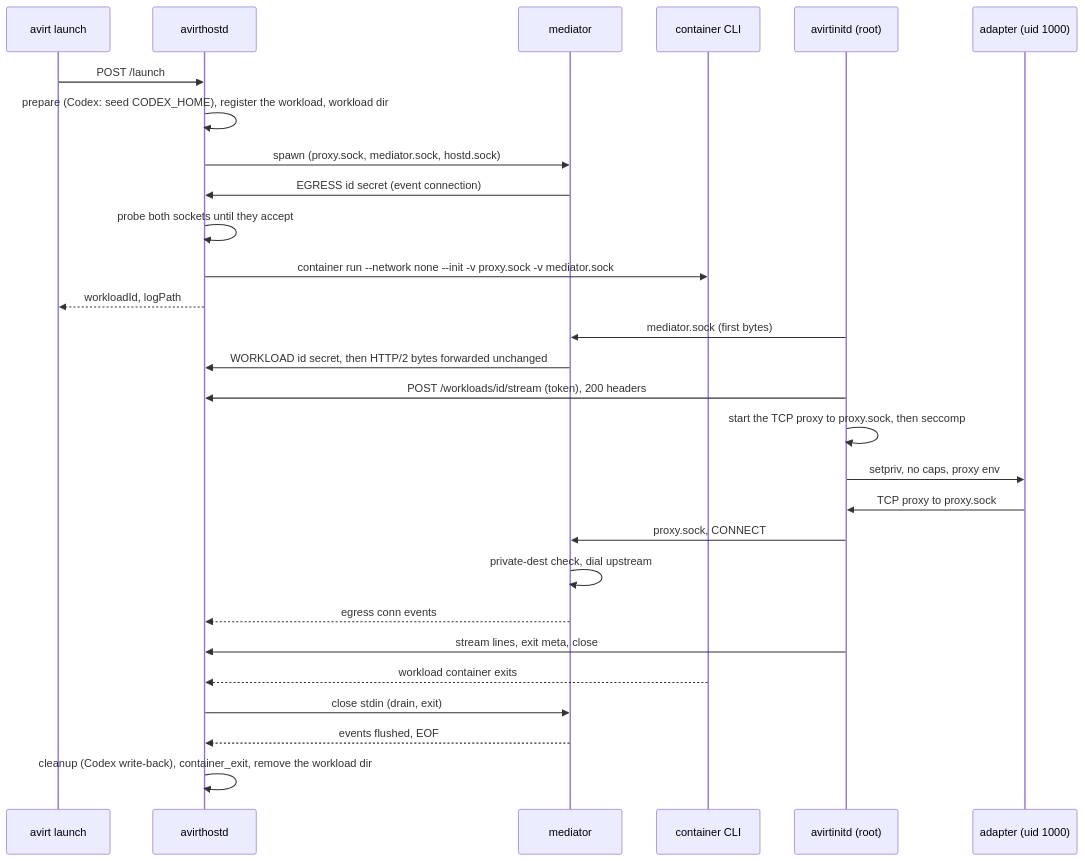
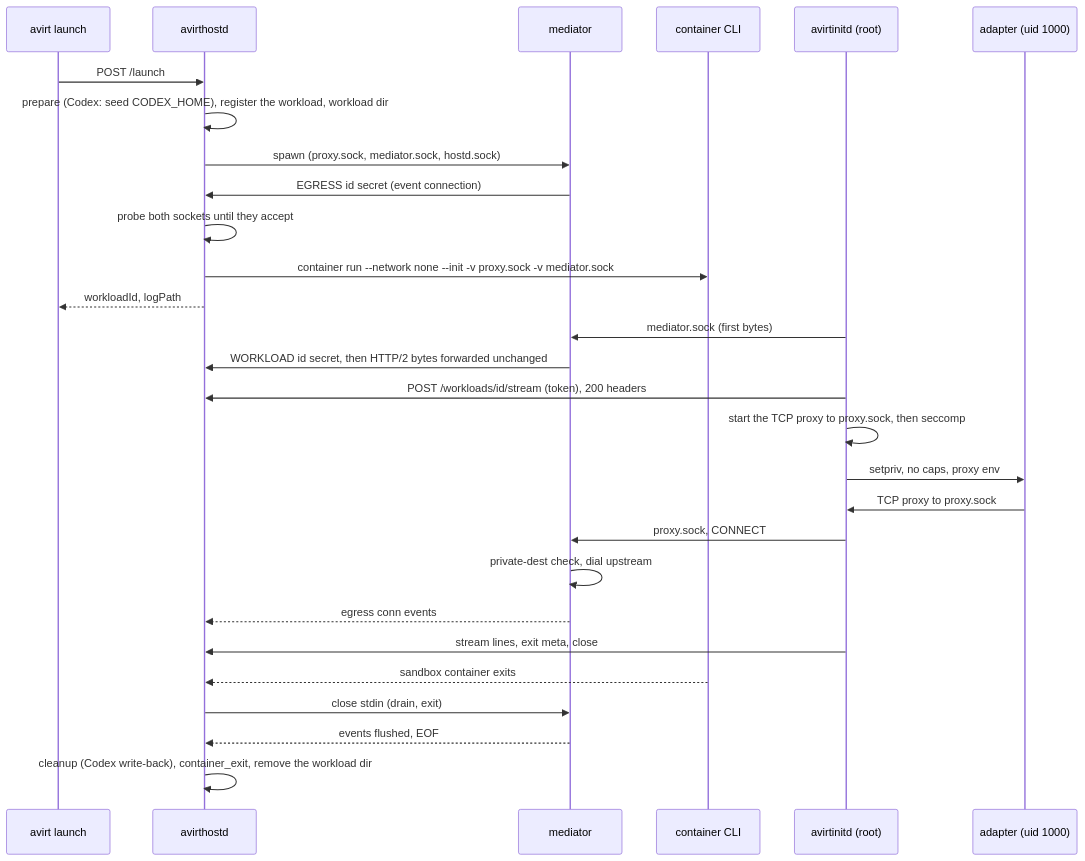
Before and after one commit to tbhb-dev/avirt: the diagram in docs/lifecycle.md, drawn with Mermaid. The commit also changed other lines of this file and 58 other files, not shown here.

````diff
--- a/docs/lifecycle.md
+++ b/docs/lifecycle.md
@@ -14,30 +16,30 @@
 ```mermaid
 sequenceDiagram
     participant CLI as avirt launch
     participant C as avirthostd
     participant S as mediator
     participant K as container CLI
     participant R as avirtinitd (root)
     participant A as adapter (uid 1000)
     CLI->>C: POST /launch
     C->>C: prepare (Codex: seed CODEX_HOME), register the workload, workload dir
     C->>S: spawn (proxy.sock, mediator.sock, hostd.sock)
     S->>C: EGRESS id secret (event connection)
     C->>C: probe both sockets until they accept
     C->>K: container run --network none --init -v proxy.sock -v mediator.sock
     C-->>CLI: workloadId, logPath
     R->>S: mediator.sock (first bytes)
     S->>C: WORKLOAD id secret, then HTTP/2 bytes forwarded unchanged
     R->>C: POST /workloads/id/stream (token), 200 headers
     R->>R: start the TCP proxy to proxy.sock, then seccomp
     R->>A: setpriv, no caps, proxy env
     A->>R: TCP proxy to proxy.sock
     R->>S: proxy.sock, CONNECT
     S->>S: private-dest check, dial upstream
     S-->>C: egress conn events
     R->>C: stream lines, exit meta, close
-    K-->>C: workload container exits
+    K-->>C: sandbox container exits
     C->>S: close stdin (drain, exit)
     S-->>C: events flushed, EOF
     C->>C: cleanup (Codex write-back), container_exit, remove the workload dir
 ```
````
